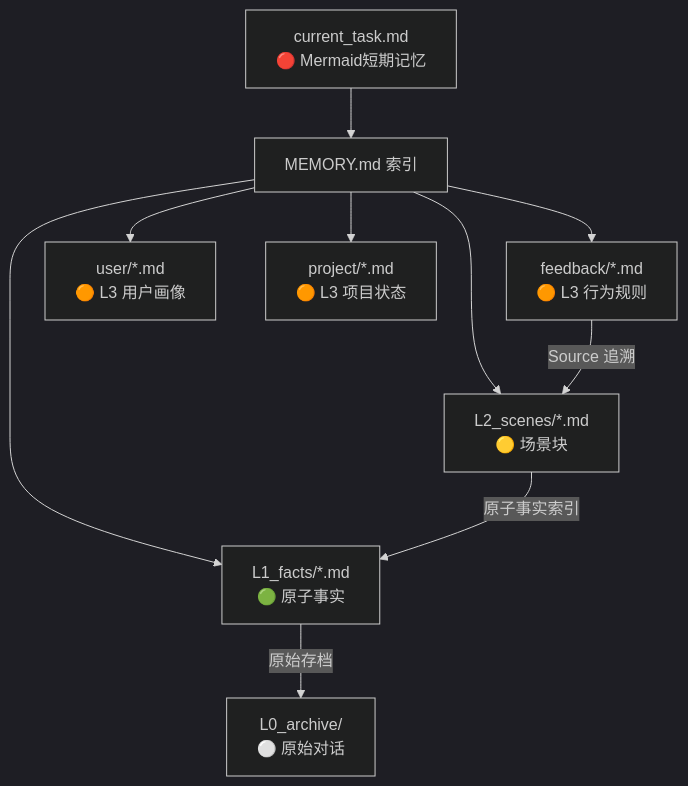
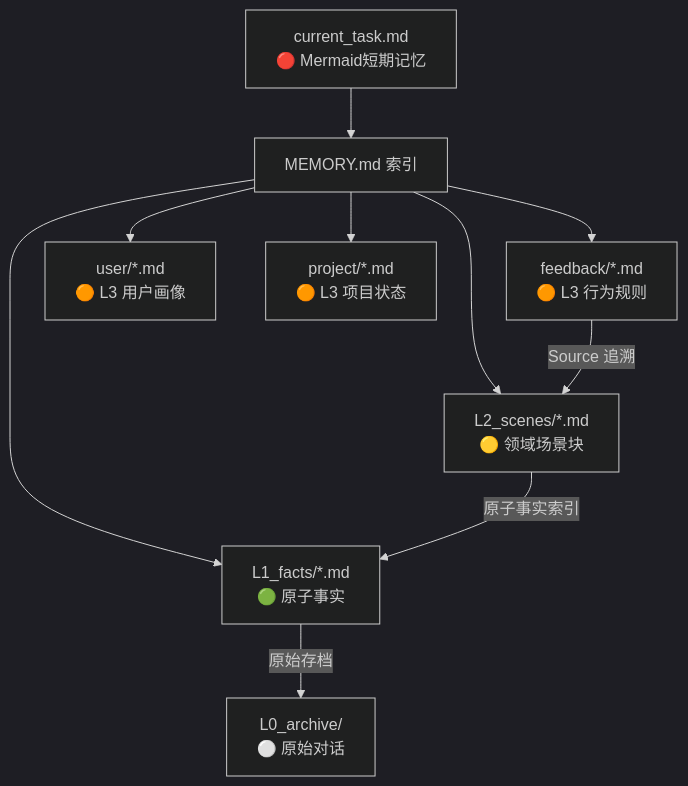
One commit to destiny520537work-lab/claude-memory-guide changed the second of 3 diagrams in README.md. Above: the diagram before and after it, drawn with Mermaid (dark theme). The commit also changed other lines of this file, not shown here.

````diff
--- a/README.md
+++ b/README.md
@@ -84,17 +82,16 @@
 ```mermaid
 graph TD
     ST[current_task.md<br/>🔴 Mermaid短期记忆] --> MEMORY
 
     MEMORY[MEMORY.md 索引]
 
     MEMORY --> L3F[feedback/*.md<br/>🟠 L3 行为规则]
     MEMORY --> L3U[user/*.md<br/>🟠 L3 用户画像]
     MEMORY --> L3P[project/*.md<br/>🟠 L3 项目状态]
-
-    MEMORY --> L2[L2_scenes/*.md<br/>🟡 场景块]
+    MEMORY --> L2[L2_scenes/*.md<br/>🟡 领域场景块]
     MEMORY --> L1[L1_facts/*.md<br/>🟢 原子事实]
 
     L3F -->|Source 追溯| L2
     L2 -->|原子事实索引| L1
     L1 -->|原始存档| L0[L0_archive/<br/>⚪ 原始对话]
 ```
````
